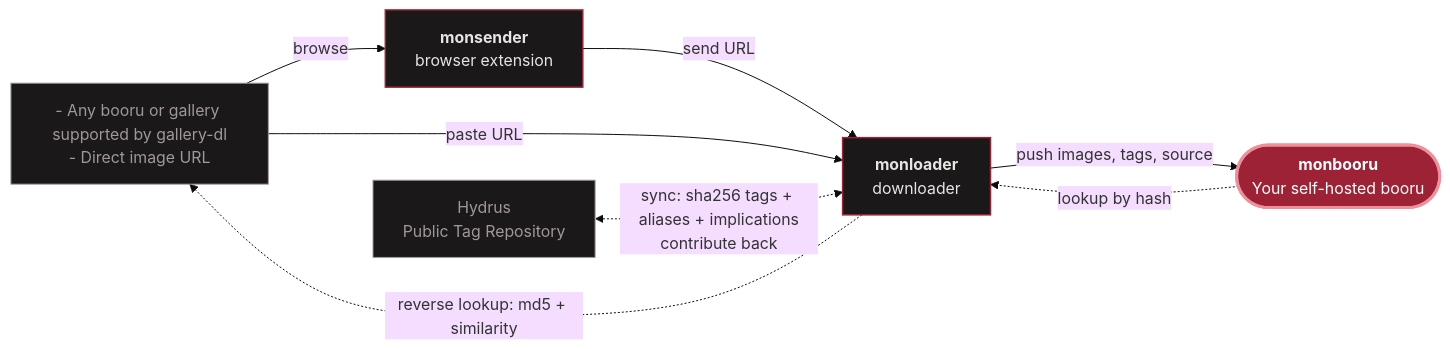
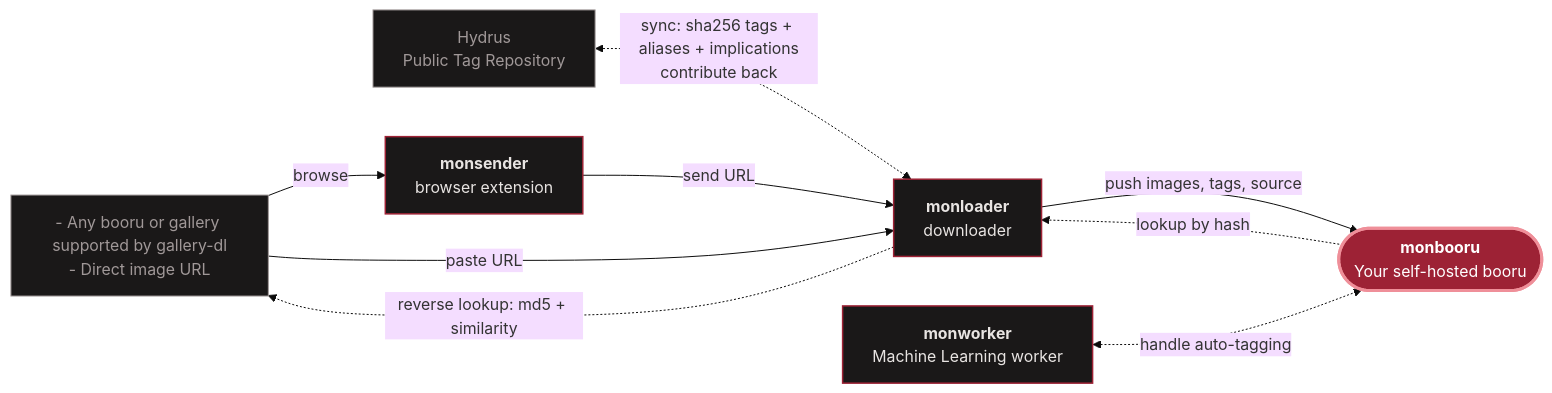
Before and after one commit to monbooru/monbooru: the diagram in README.md, drawn with Mermaid (base theme). The commit also changed other lines of this file and 229 other files, not shown here.

````diff
--- a/README.md
+++ b/README.md
@@ -104,37 +106,40 @@
 ```mermaid
 ---
 config:
   layout: dagre
   flowchart:
     wrappingWidth: 200
 ---
 flowchart LR
     web["`- Any booru or gallery supported by gallery-dl
 - Direct image URL`"]
     ptr["`Hydrus
 Public Tag Repository`"]
     sender["`**monsender**
 browser extension`"]
     loader["`**monloader**
 downloader`"]
     booru(["`**monbooru**
 Your self-hosted booru`"])
+    worker["`**monworker**
+Machine Learning worker`"]
 
     web -->|browse| sender
     sender -->|send URL| loader
     web -->|paste URL| loader
     loader -->|push images, tags, source| booru
 
     booru -.->|lookup by hash| loader
     loader -.->|reverse lookup: md5 + similarity| web
     ptr <-.->|"`sync: sha256 tags + aliases + implications
 contribute back`"| loader
+    worker <-.->|handle auto-tagging| booru
 
     classDef hub  fill:#9d2235,stroke:#ef8f99,stroke-width:3px,color:#ffffff;
     classDef tool fill:#1a1818,stroke:#9d2235,stroke-width:1.5px,color:#e8e4e2;
     classDef src  fill:#1a1818,stroke:#a09898,stroke-width:1px,color:#a09898;
 
     class booru hub;
-    class sender,loader tool;
+    class sender,loader,worker tool;
     class web,ptr src;
 ```
````
